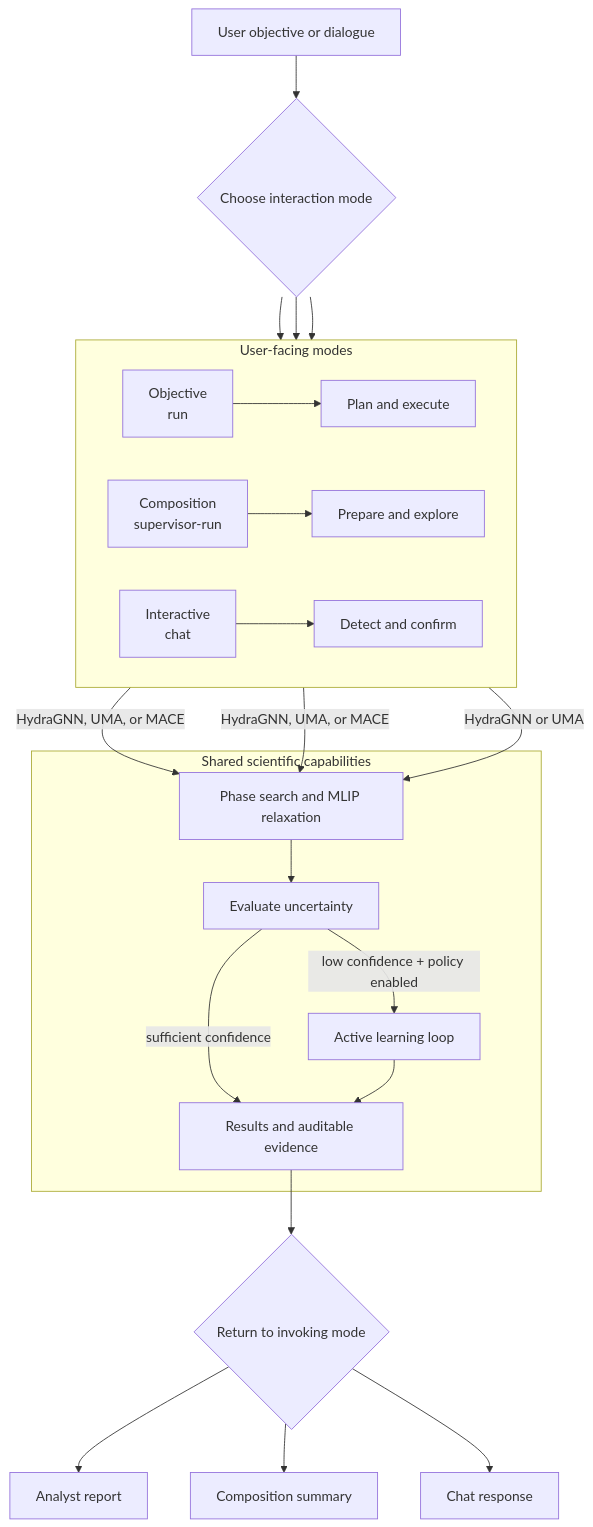
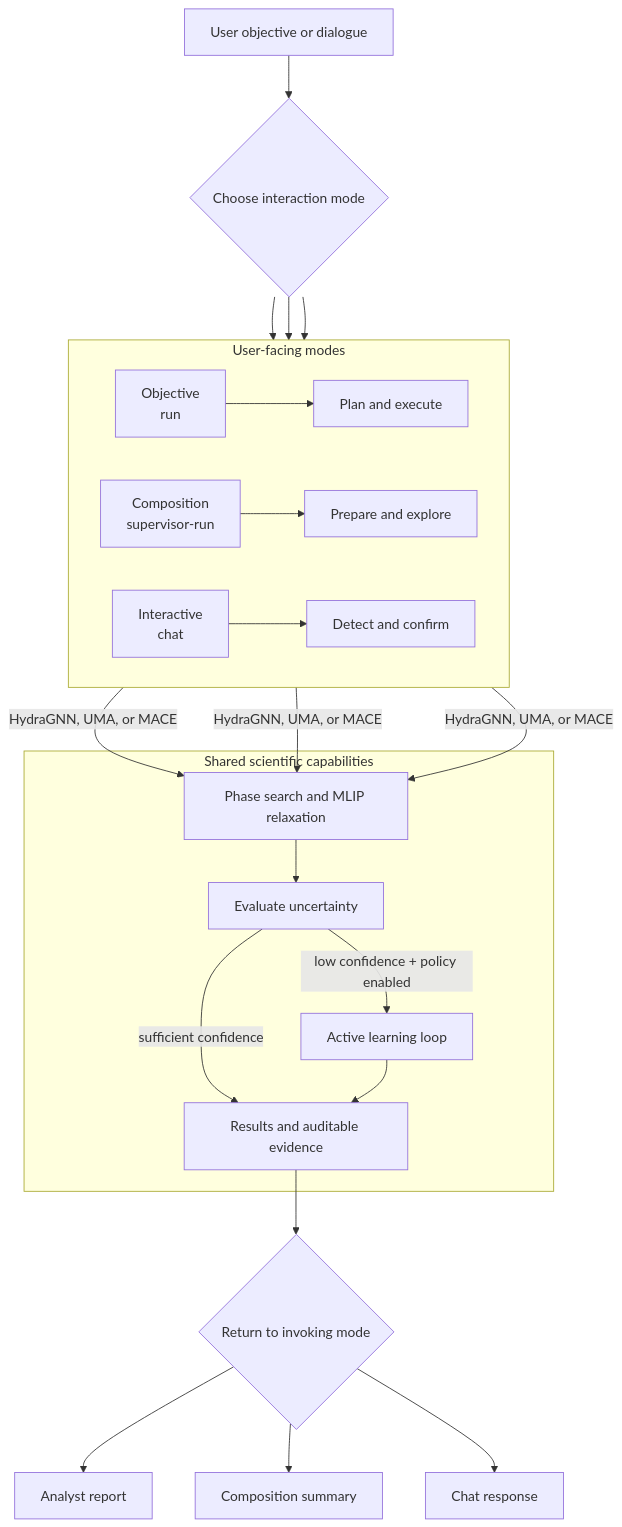
The diagram in docs/architecture.md (ORNL/matsim-agents), drawn with Mermaid before and after one commit. The commit also changed other lines of this file and 256 other files, not shown here.

````diff
--- a/docs/architecture.md
+++ b/docs/architecture.md
@@ -103,36 +103,36 @@
 ```mermaid
 flowchart TD
     U[User objective or dialogue] --> G{Choose interaction mode}
 
     subgraph MODES[User-facing modes]
       direction LR
       O[Objective<br/>run] --> OP[Plan and execute]
       P[Composition<br/>supervisor-run] --> PP[Prepare and explore]
       I[Interactive<br/>chat] --> IP[Detect and confirm]
     end
 
     G --> O
     G --> P
     G --> I
 
     OP -->|HydraGNN, UMA, or MACE| X
     PP -->|HydraGNN, UMA, or MACE| X
-    IP -->|HydraGNN or UMA| X
+    IP -->|HydraGNN, UMA, or MACE| X
 
     subgraph SCIENCE[Shared scientific capabilities]
       X[Phase search and MLIP relaxation]
       Q[Evaluate uncertainty]
       AL[Active learning loop]
       E[Results and auditable evidence]
 
       X --> Q
       Q -->|low confidence + policy enabled| AL
       Q -->|sufficient confidence| E
       AL --> E
     end
 
     E --> R{Return to invoking mode}
     R --> OA[Analyst report]
     R --> PS[Composition summary]
     R --> IR[Chat response]
 ```
````
